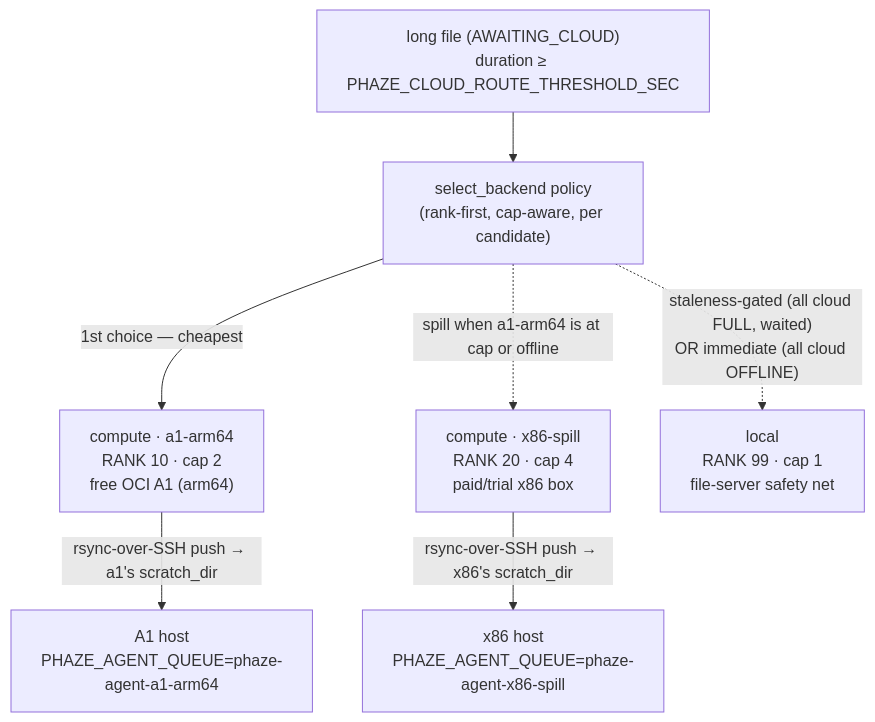
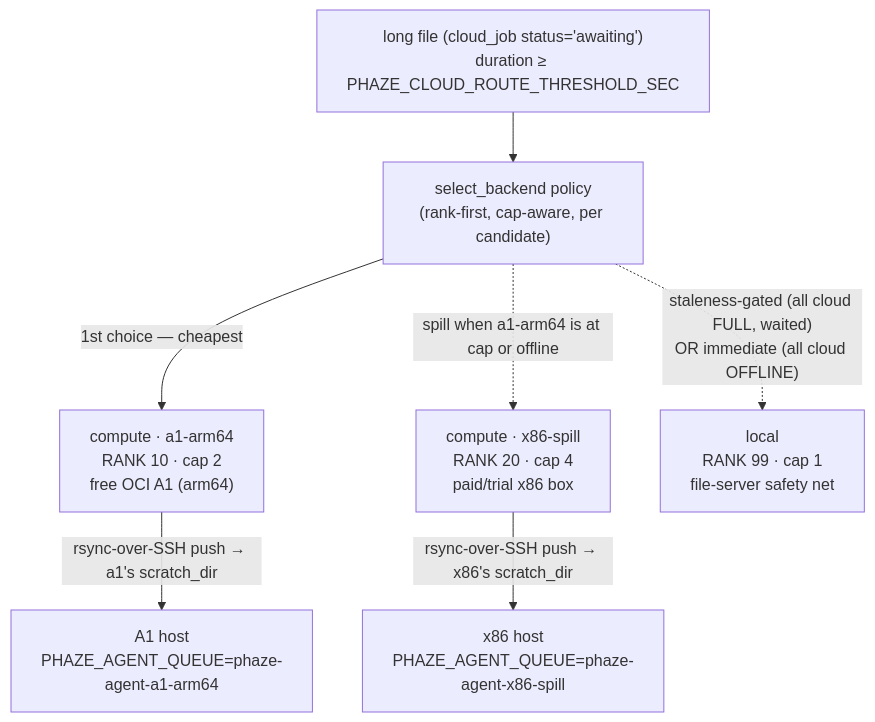
Before and after one commit to SimplicityGuy/phaze: the diagram in docs/multi-compute.md, drawn with Mermaid. The commit also changed other lines of this file and 15 other files, not shown here.

````diff
--- a/docs/multi-compute.md
+++ b/docs/multi-compute.md
@@ -27,11 +27,11 @@
 ```mermaid
 flowchart TD
-  cand["long file (AWAITING_CLOUD)<br/>duration ≥ PHAZE_CLOUD_ROUTE_THRESHOLD_SEC"] --> sel["select_backend policy<br/>(rank-first, cap-aware, per candidate)"]
+  cand["long file (cloud_job status='awaiting')<br/>duration ≥ PHAZE_CLOUD_ROUTE_THRESHOLD_SEC"] --> sel["select_backend policy<br/>(rank-first, cap-aware, per candidate)"]
 
   sel -->|"1st choice — cheapest"| a1["compute · a1-arm64<br/>RANK 10 · cap 2<br/>free OCI A1 (arm64)"]
   sel -.->|"spill when a1-arm64 is at cap or offline"| x86["compute · x86-spill<br/>RANK 20 · cap 4<br/>paid/trial x86 box"]
   sel -.->|"staleness-gated (all cloud FULL, waited)<br/>OR immediate (all cloud OFFLINE)"| local["local<br/>RANK 99 · cap 1<br/>file-server safety net"]
 
   a1 -->|"rsync-over-SSH push → a1's scratch_dir"| a1host["A1 host<br/>PHAZE_AGENT_QUEUE=phaze-agent-a1-arm64"]
   x86 -->|"rsync-over-SSH push → x86's scratch_dir"| x86host["x86 host<br/>PHAZE_AGENT_QUEUE=phaze-agent-x86-spill"]
 ```
````
